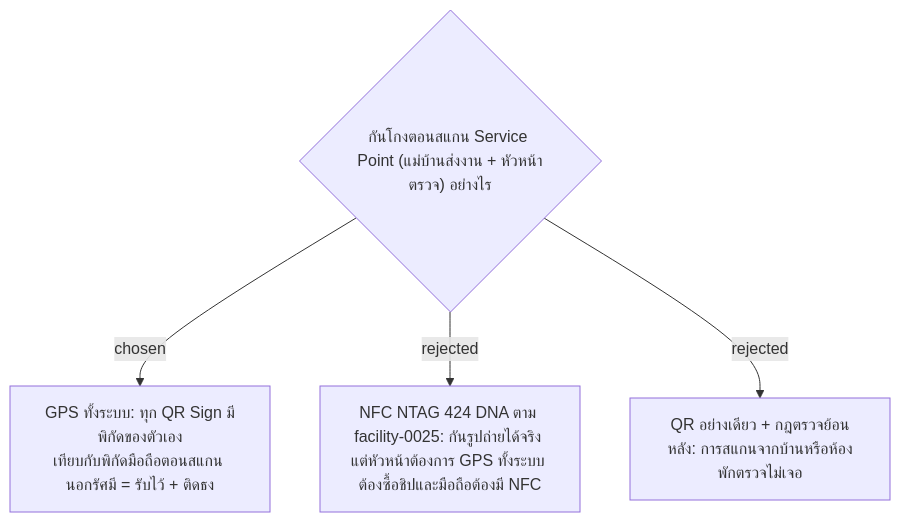
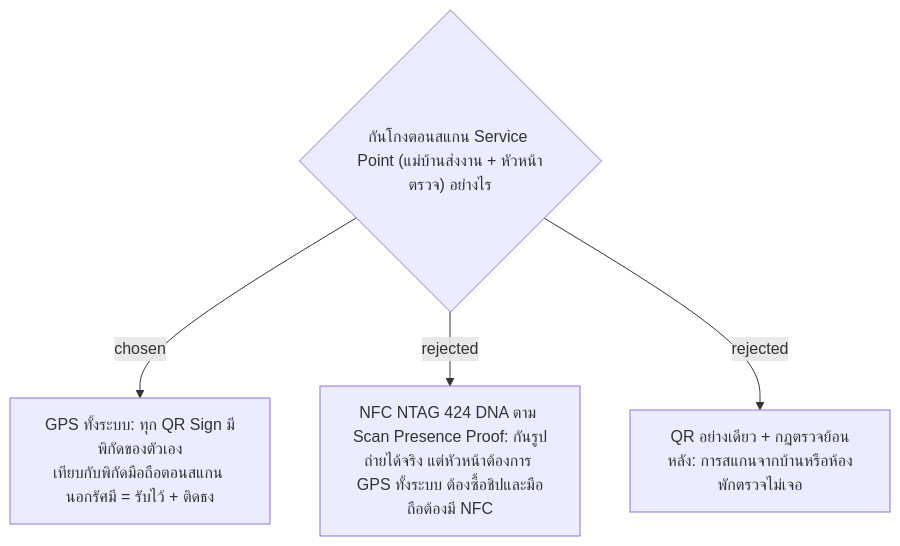
The diagram in docs/adr/facility-0037-gps-for-every-scan-replaces-nfc.md (ThodsaphonSonthiphin/Facility-Real-time-dashboard), drawn with Mermaid before and after one commit. The commit also changed other lines of this file and 72 other files, not shown here.

````diff
--- a/docs/adr/facility-0037-gps-for-every-scan-replaces-nfc.md
+++ b/docs/adr/facility-0037-gps-for-every-scan-replaces-nfc.md
@@ -3,6 +3,6 @@
 ```mermaid
 flowchart TD
     Q{"กันโกงตอนสแกน Service Point (แม่บ้านส่งงาน + หัวหน้าตรวจ) อย่างไร"} -->|chosen| A["GPS ทั้งระบบ: ทุก QR Sign มีพิกัดของตัวเอง<br/>เทียบกับพิกัดมือถือตอนสแกน นอกรัศมี = รับไว้ + ติดธง"]
-    Q -->|rejected| B["NFC NTAG 424 DNA ตาม facility-0025: กันรูปถ่ายได้จริง แต่หัวหน้าต้องการ GPS ทั้งระบบ ต้องซื้อชิปและมือถือต้องมี NFC"]
+    Q -->|rejected| B["NFC NTAG 424 DNA ตาม Scan Presence Proof: กันรูปถ่ายได้จริง แต่หัวหน้าต้องการ GPS ทั้งระบบ ต้องซื้อชิปและมือถือต้องมี NFC"]
     Q -->|rejected| C["QR อย่างเดียว + กฎตรวจย้อนหลัง: การสแกนจากบ้านหรือห้องพักตรวจไม่เจอ"]
 ```
````
